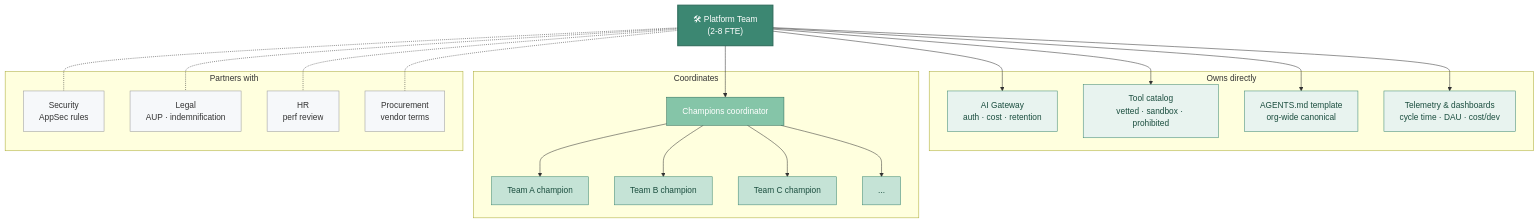
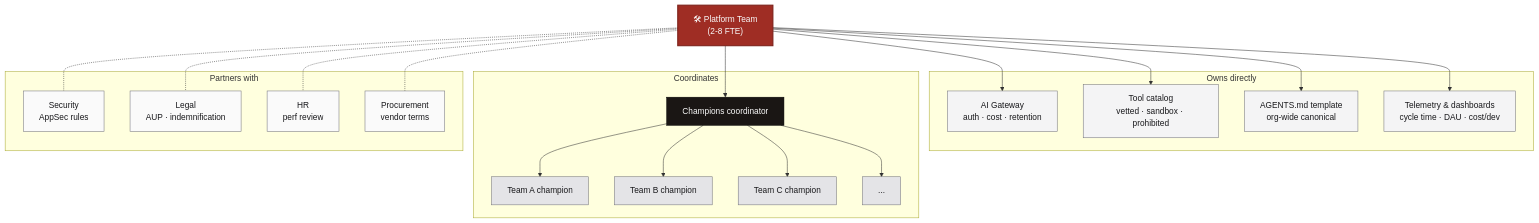
The diagram in 08-team-and-adoption/org-design.md (pochadri/ai-coding), drawn with Mermaid before and after one commit. The commit also changed 5 other files, not shown here.

````diff
--- a/08-team-and-adoption/org-design.md
+++ b/08-team-and-adoption/org-design.md
@@ -30,37 +30,37 @@
 ```mermaid
 flowchart TB
     PT["🛠 Platform Team<br/>(2-8 FTE)"]:::team
 
     subgraph Owns["Owns directly"]
       AIG[AI Gateway<br/>auth · cost · retention]:::owns
       Cat[Tool catalog<br/>vetted · sandbox · prohibited]:::owns
       AGM[AGENTS.md template<br/>org-wide canonical]:::owns
       Tel[Telemetry & dashboards<br/>cycle time · DAU · cost/dev]:::owns
     end
 
     subgraph Coord["Coordinates"]
       CC[Champions coordinator]:::coord
       Ch1[Team A champion]:::champ
       Ch2[Team B champion]:::champ
       Ch3[Team C champion]:::champ
       ChN[...]:::champ
     end
 
     subgraph Partners["Partners with"]
       Sec[Security<br/>AppSec rules]:::partner
       Leg[Legal<br/>AUP · indemnification]:::partner
       HR[HR<br/>perf review]:::partner
       Pro[Procurement<br/>vendor terms]:::partner
     end
 
     PT --> AIG & Cat & AGM & Tel
     PT --> CC
     CC --> Ch1 & Ch2 & Ch3 & ChN
     PT -.- Sec & Leg & HR & Pro
 
-    classDef team fill:#3c8772,stroke:#2d6b5a,color:#fff,stroke-width:2px
-    classDef owns fill:#e8f3ef,stroke:#3c8772,color:#1a4d3e
-    classDef coord fill:#85c5a8,stroke:#2d6b5a,color:#fff
-    classDef champ fill:#c5e3d6,stroke:#3c8772,color:#1a4d3e
-    classDef partner fill:#f6f8fa,stroke:#999,color:#333
+    classDef team fill:#9F2D24,stroke:#7A1F18,color:#FAFAFA,stroke-width:2px
+    classDef owns fill:#F4F4F5,stroke:#71717A,color:#18181B
+    classDef coord fill:#1A1614,stroke:#000000,color:#FAFAFA
+    classDef champ fill:#E4E4E7,stroke:#71717A,color:#18181B
+    classDef partner fill:#FAFAFA,stroke:#71717A,color:#18181B
 ```
````
